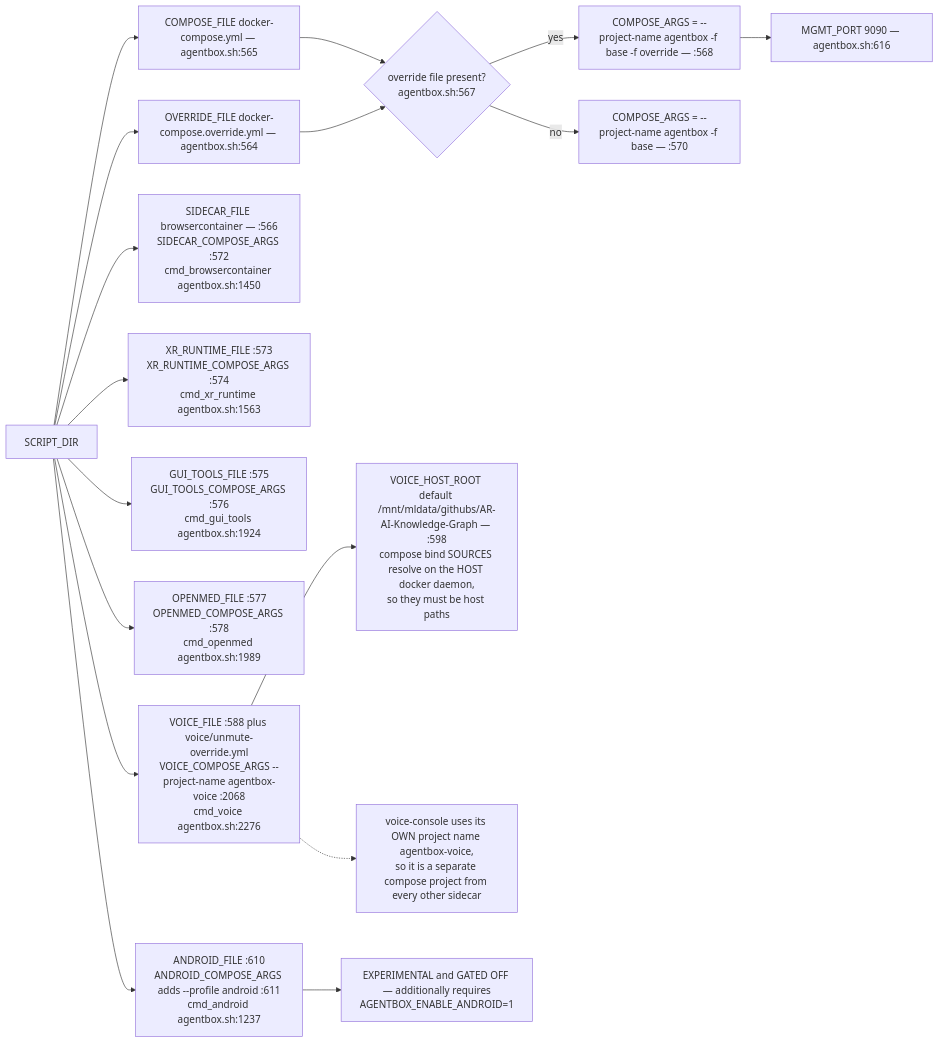
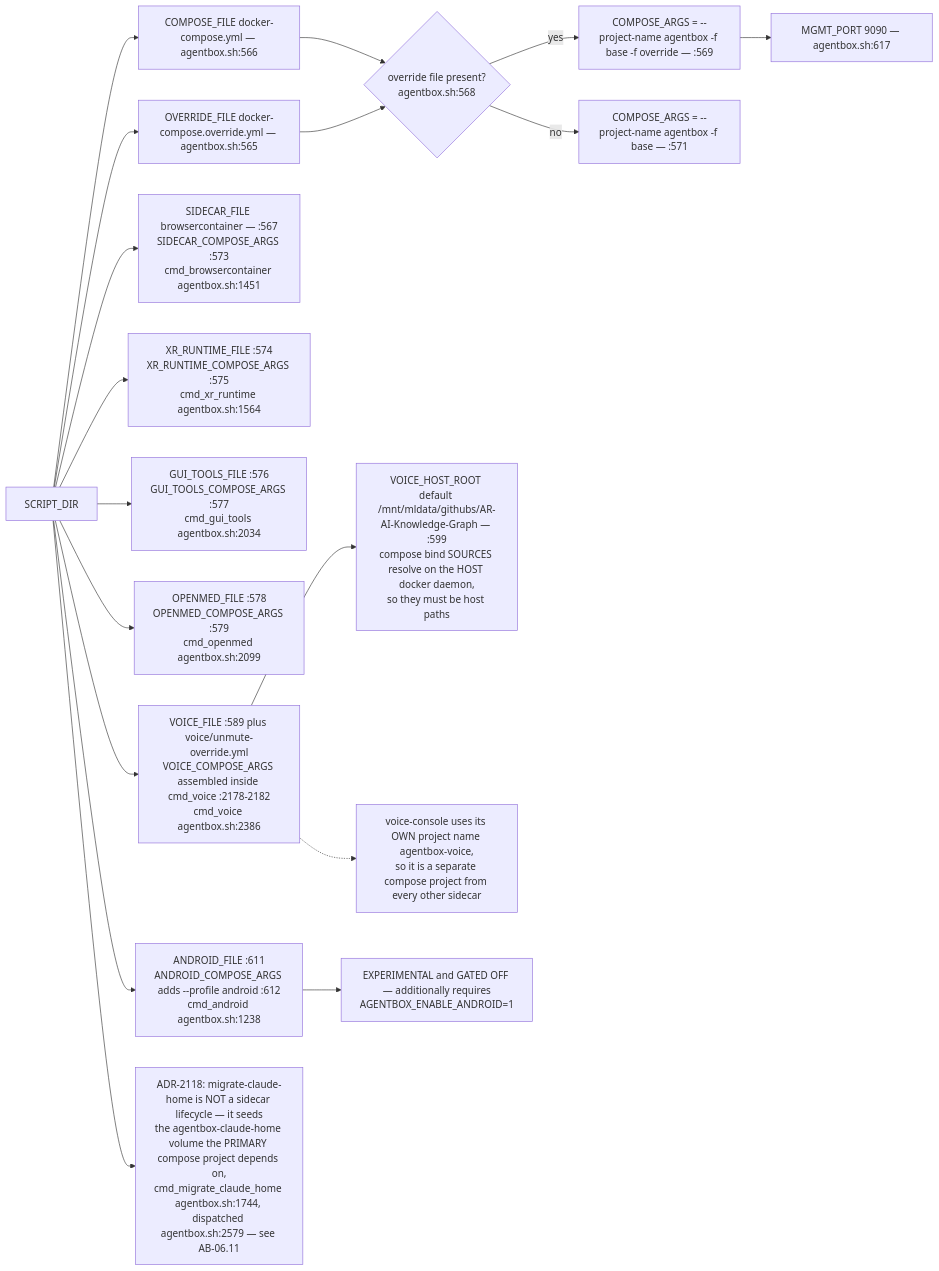
Before and after one commit to DreamLab-AI/VisionFlow: the sixth of 11 diagrams in docs/diagrams/agentbox/06-sidecars-and-compose-overlays.md, drawn with Mermaid. The commit also changed other lines of this file and 136 other files, not shown here.

First line of the commit message:
docs(diagrams): refresh the whole corpus to code HEAD and prune low-value diagrams

````diff
--- a/docs/diagrams/agentbox/06-sidecars-and-compose-overlays.md
+++ b/docs/diagrams/agentbox/06-sidecars-and-compose-overlays.md
@@ -192,19 +187,20 @@
 ```mermaid
 flowchart LR
-    SD["SCRIPT_DIR"] --> A1["COMPOSE_FILE docker-compose.yml — agentbox.sh:565"]
-    SD --> A2["OVERRIDE_FILE docker-compose.override.yml — agentbox.sh:564"]
-    A1 --> CA{"override file present?<br/>agentbox.sh:567"}
+    SD["SCRIPT_DIR"] --> A1["COMPOSE_FILE docker-compose.yml — agentbox.sh:566"]
+    SD --> A2["OVERRIDE_FILE docker-compose.override.yml — agentbox.sh:565"]
+    A1 --> CA{"override file present?<br/>agentbox.sh:568"}
     A2 --> CA
-    CA -->|yes| CA1["COMPOSE_ARGS = --project-name agentbox -f base -f override — :568"]
-    CA -->|no| CA2["COMPOSE_ARGS = --project-name agentbox -f base — :570"]
-    SD --> S1["SIDECAR_FILE browsercontainer — :566<br/>SIDECAR_COMPOSE_ARGS :572<br/>cmd_browsercontainer agentbox.sh:1450"]
-    SD --> S2["XR_RUNTIME_FILE :573<br/>XR_RUNTIME_COMPOSE_ARGS :574<br/>cmd_xr_runtime agentbox.sh:1563"]
-    SD --> S3["GUI_TOOLS_FILE :575<br/>GUI_TOOLS_COMPOSE_ARGS :576<br/>cmd_gui_tools agentbox.sh:1924"]
-    SD --> S4["OPENMED_FILE :577<br/>OPENMED_COMPOSE_ARGS :578<br/>cmd_openmed agentbox.sh:1989"]
-    SD --> S5["VOICE_FILE :588 plus voice/unmute-override.yml<br/>VOICE_COMPOSE_ARGS --project-name agentbox-voice :2068<br/>cmd_voice agentbox.sh:2276"]
-    SD --> S6["ANDROID_FILE :610<br/>ANDROID_COMPOSE_ARGS adds --profile android :611<br/>cmd_android agentbox.sh:1237"]
-    S5 --> VH["VOICE_HOST_ROOT default /mnt/mldata/githubs/AR-AI-Knowledge-Graph — :598<br/>compose bind SOURCES resolve on the HOST docker daemon,<br/>so they must be host paths"]
+    CA -->|yes| CA1["COMPOSE_ARGS = --project-name agentbox -f base -f override — :569"]
+    CA -->|no| CA2["COMPOSE_ARGS = --project-name agentbox -f base — :571"]
+    SD --> S1["SIDECAR_FILE browsercontainer — :567<br/>SIDECAR_COMPOSE_ARGS :573<br/>cmd_browsercontainer agentbox.sh:1451"]
+    SD --> S2["XR_RUNTIME_FILE :574<br/>XR_RUNTIME_COMPOSE_ARGS :575<br/>cmd_xr_runtime agentbox.sh:1564"]
+    SD --> S3["GUI_TOOLS_FILE :576<br/>GUI_TOOLS_COMPOSE_ARGS :577<br/>cmd_gui_tools agentbox.sh:2034"]
+    SD --> S4["OPENMED_FILE :578<br/>OPENMED_COMPOSE_ARGS :579<br/>cmd_openmed agentbox.sh:2099"]
+    SD --> S5["VOICE_FILE :589 plus voice/unmute-override.yml<br/>VOICE_COMPOSE_ARGS assembled inside cmd_voice :2178-2182<br/>cmd_voice agentbox.sh:2386"]
+    SD --> S6["ANDROID_FILE :611<br/>ANDROID_COMPOSE_ARGS adds --profile android :612<br/>cmd_android agentbox.sh:1238"]
+    S5 --> VH["VOICE_HOST_ROOT default /mnt/mldata/githubs/AR-AI-Knowledge-Graph — :599<br/>compose bind SOURCES resolve on the HOST docker daemon,<br/>so they must be host paths"]
     S6 --> AG["EXPERIMENTAL and GATED OFF — additionally requires<br/>AGENTBOX_ENABLE_ANDROID=1"]
-    CA1 --> MGMT["MGMT_PORT 9090 — agentbox.sh:616"]
+    CA1 --> MGMT["MGMT_PORT 9090 — agentbox.sh:617"]
     S5 -.-> VNOTE["voice-console uses its OWN project name agentbox-voice,<br/>so it is a separate compose project from every other sidecar"]
+    SD --> S7["ADR-2118: migrate-claude-home is NOT a sidecar lifecycle — it seeds<br/>the agentbox-claude-home volume the PRIMARY compose project depends on,<br/>cmd_migrate_claude_home agentbox.sh:1744, dispatched agentbox.sh:2579 — see AB-06.11"]
 ```
````
